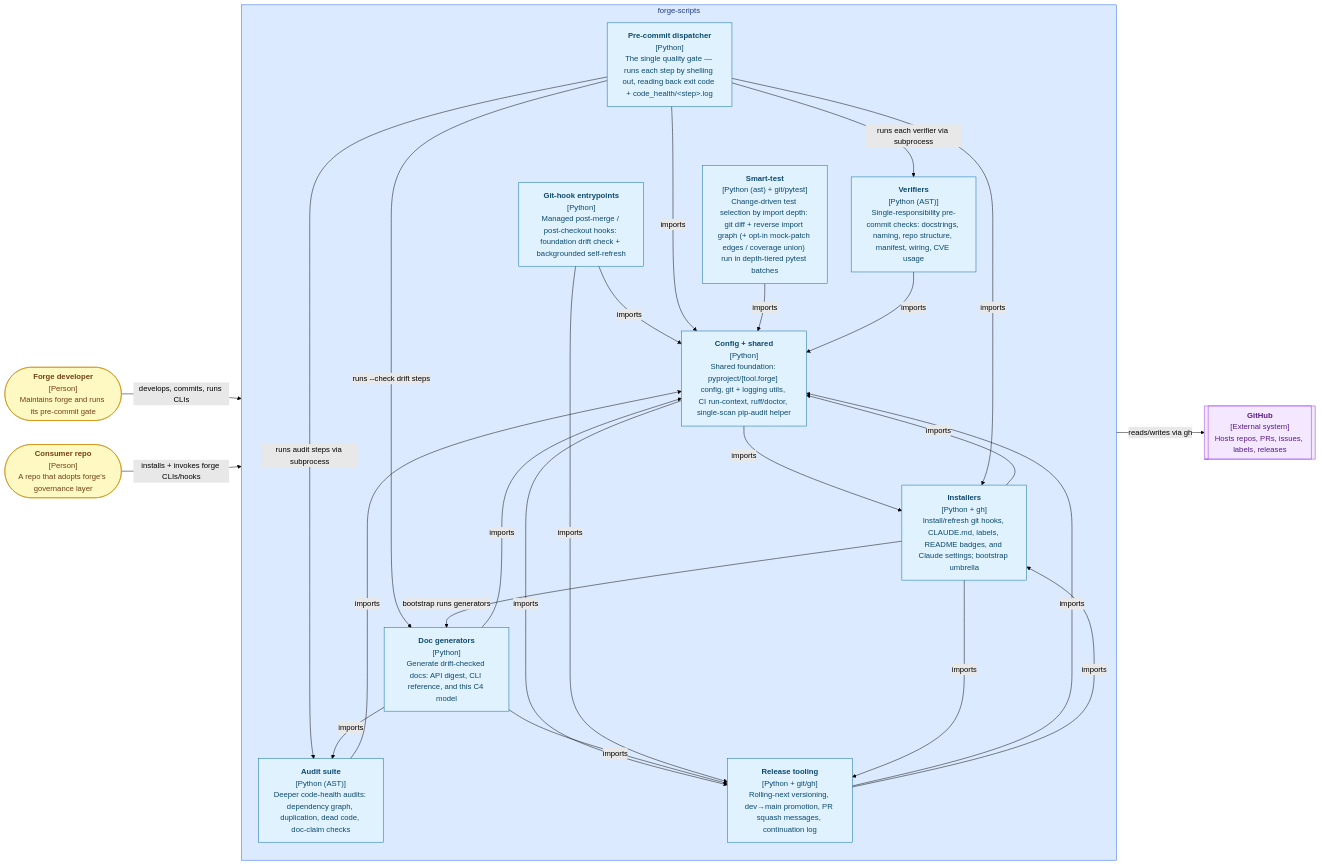
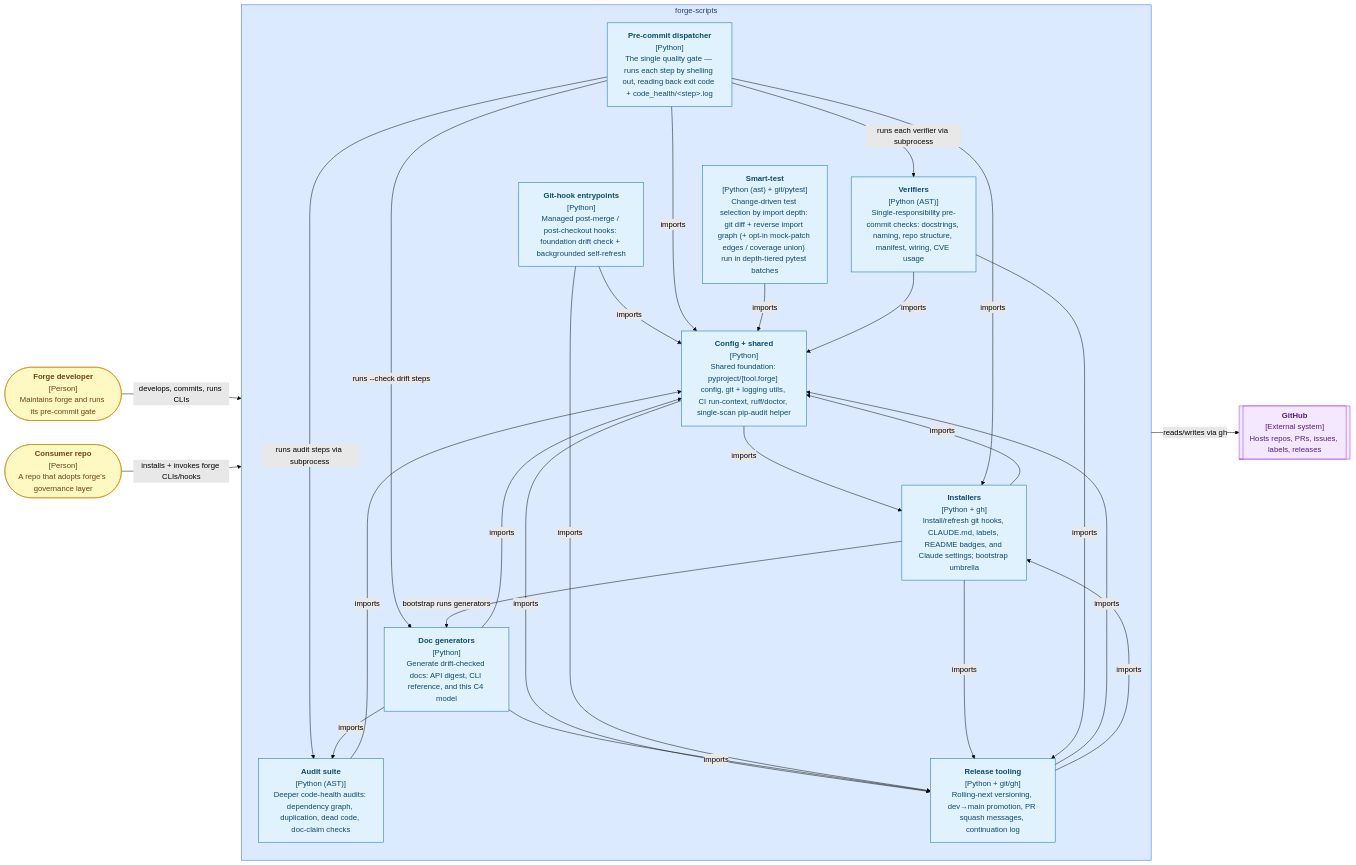
One commit to misnaej/forge changed the diagram in README.md. Above: the diagram before and after it, drawn with Mermaid (forest theme). The commit also changed other lines of this file and 21 other files, not shown here.

````diff
--- a/README.md
+++ b/README.md
@@ -123,57 +123,58 @@
 ```mermaid
 graph LR
     forge_developer(["<b>Forge developer</b><br/>[Person]<br/>Maintains forge and runs its pre-commit gate"])
     consumer_repo(["<b>Consumer repo</b><br/>[Person]<br/>A repo that adopts forge's governance layer"])
     github[["<b>GitHub</b><br/>[External system]<br/>Hosts repos, PRs, issues, labels, releases"]]
     subgraph forge_scripts["forge-scripts"]
         pre_commit_dispatcher["<b>Pre-commit dispatcher</b><br/>[Python]<br/>The single quality gate — runs each step by shelling out, reading back exit code + code_health/&lt;step&gt;.log"]
         audit_suite["<b>Audit suite</b><br/>[Python (AST)]<br/>Deeper code-health audits: dependency graph, duplication, dead code, doc-claim checks"]
         verifiers["<b>Verifiers</b><br/>[Python (AST)]<br/>Single-responsibility pre-commit checks: docstrings, naming, repo structure, manifest, wiring, CVE usage"]
         installers["<b>Installers</b><br/>[Python + gh]<br/>Install/refresh git hooks, CLAUDE.md, labels, README badges, and Claude settings; bootstrap umbrella"]
         doc_generators["<b>Doc generators</b><br/>[Python]<br/>Generate drift-checked docs: API digest, CLI reference, and this C4 model"]
         git_hook_entrypoints["<b>Git-hook entrypoints</b><br/>[Python]<br/>Managed post-merge / post-checkout hooks: foundation drift check + backgrounded self-refresh"]
         release_tooling["<b>Release tooling</b><br/>[Python + git/gh]<br/>Rolling-next versioning, dev→main promotion, PR squash messages, continuation log"]
         smart_test["<b>Smart-test</b><br/>[Python (ast) + git/pytest]<br/>Change-driven test selection by import depth: git diff + reverse import graph (+ opt-in mock-patch edges / coverage union) run in depth-tiered pytest batches"]
         config_shared["<b>Config + shared</b><br/>[Python]<br/>Shared foundation: pyproject/[tool.forge] config, git + logging utils, CI run-context, ruff/doctor, single-scan pip-audit helper"]
     end
     forge_developer -->|"develops, commits, runs CLIs"| forge_scripts
     consumer_repo -->|"installs + invokes forge CLIs/hooks"| forge_scripts
     forge_scripts -->|"reads/writes via gh"| github
     pre_commit_dispatcher -->|"runs each verifier via subprocess"| verifiers
     pre_commit_dispatcher -->|"runs audit steps via subprocess"| audit_suite
     pre_commit_dispatcher -->|"runs --check drift steps"| doc_generators
     installers -->|"bootstrap runs generators"| doc_generators
     audit_suite -->|"imports"| config_shared
     config_shared -->|"imports"| installers
     config_shared -->|"imports"| release_tooling
     doc_generators -->|"imports"| audit_suite
     doc_generators -->|"imports"| config_shared
     doc_generators -->|"imports"| release_tooling
     git_hook_entrypoints -->|"imports"| config_shared
     git_hook_entrypoints -->|"imports"| release_tooling
     installers -->|"imports"| config_shared
     installers -->|"imports"| release_tooling
     pre_commit_dispatcher -->|"imports"| config_shared
     pre_commit_dispatcher -->|"imports"| installers
     release_tooling -->|"imports"| config_shared
     release_tooling -->|"imports"| installers
     smart_test -->|"imports"| config_shared
     verifiers -->|"imports"| config_shared
+    verifiers -->|"imports"| release_tooling
     classDef component fill:#e0f2fe,stroke:#0369a1,color:#0c4a6e
     classDef container fill:#dbeafe,stroke:#2563eb,color:#1e3a8a
     classDef external fill:#f3e8ff,stroke:#9333ea,color:#581c87
     classDef person fill:#fef9c3,stroke:#ca8a04,color:#713f12
     class forge_developer person
     class consumer_repo person
     class github external
     class forge_scripts container
     class pre_commit_dispatcher component
     class audit_suite component
     class verifiers component
     class installers component
     class doc_generators component
     class git_hook_entrypoints component
     class release_tooling component
     class smart_test component
     class config_shared component
 ```
````
